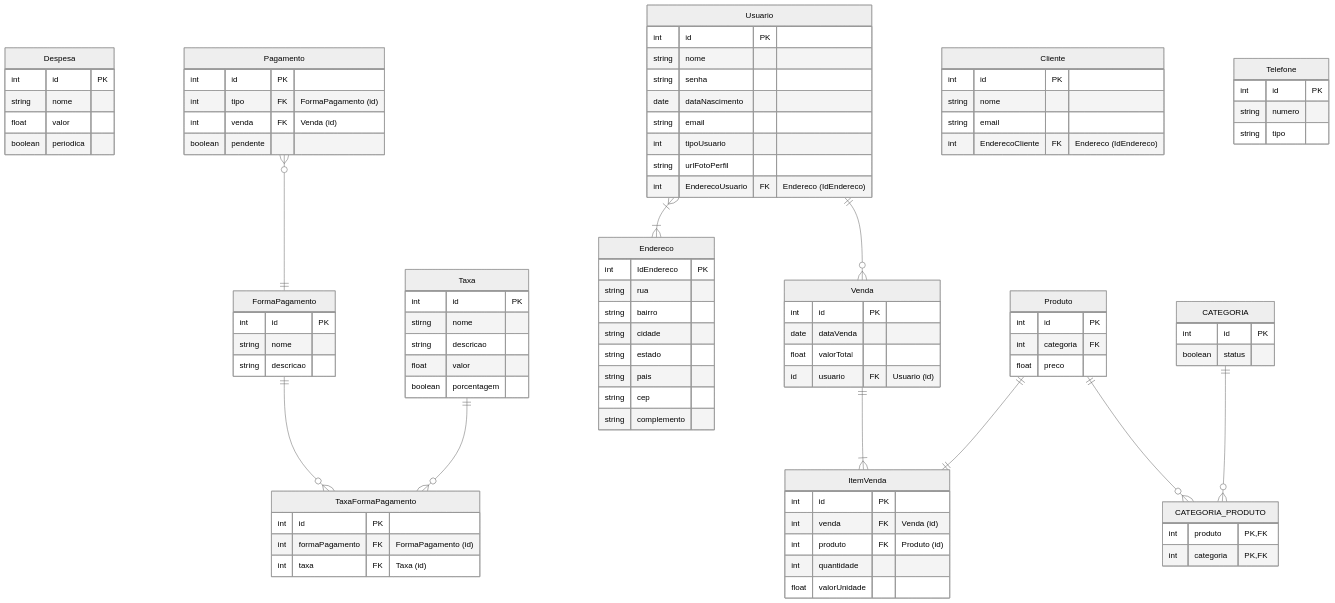
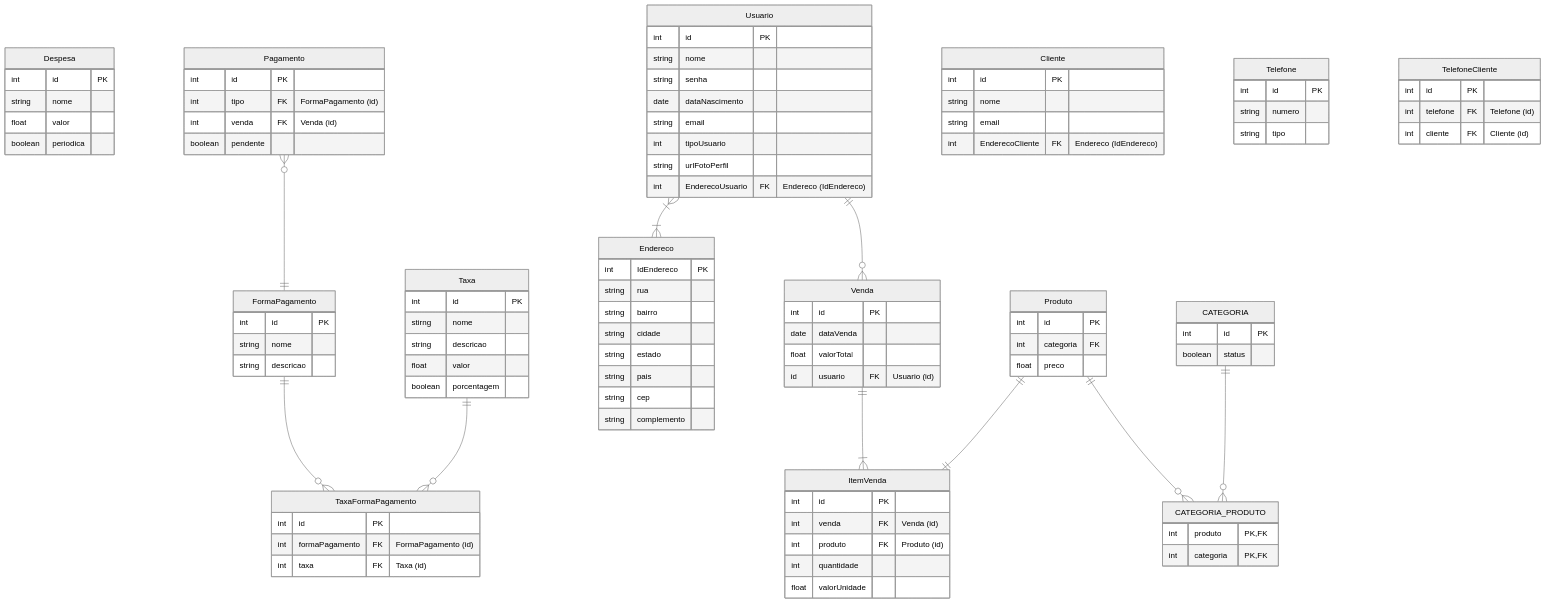
One commit to Control-Cash/controlcash changed the diagram in docs/documento-de-modelos.md. Above: the diagram before and after it, drawn with Mermaid (neutral theme).

Commit message:
Update documento-de-modelos.md
Cria tabela TelefoneCliente #33

````diff
--- a/docs/documento-de-modelos.md
+++ b/docs/documento-de-modelos.md
@@ -123,4 +123,12 @@
     string numero
     string tipo
   }
+
+  TelefoneCliente {
+    int id PK
+    int telefone FK "Telefone (id)"
+    int cliente FK "Cliente (id)"
+  }
+
+  
 ```
````
